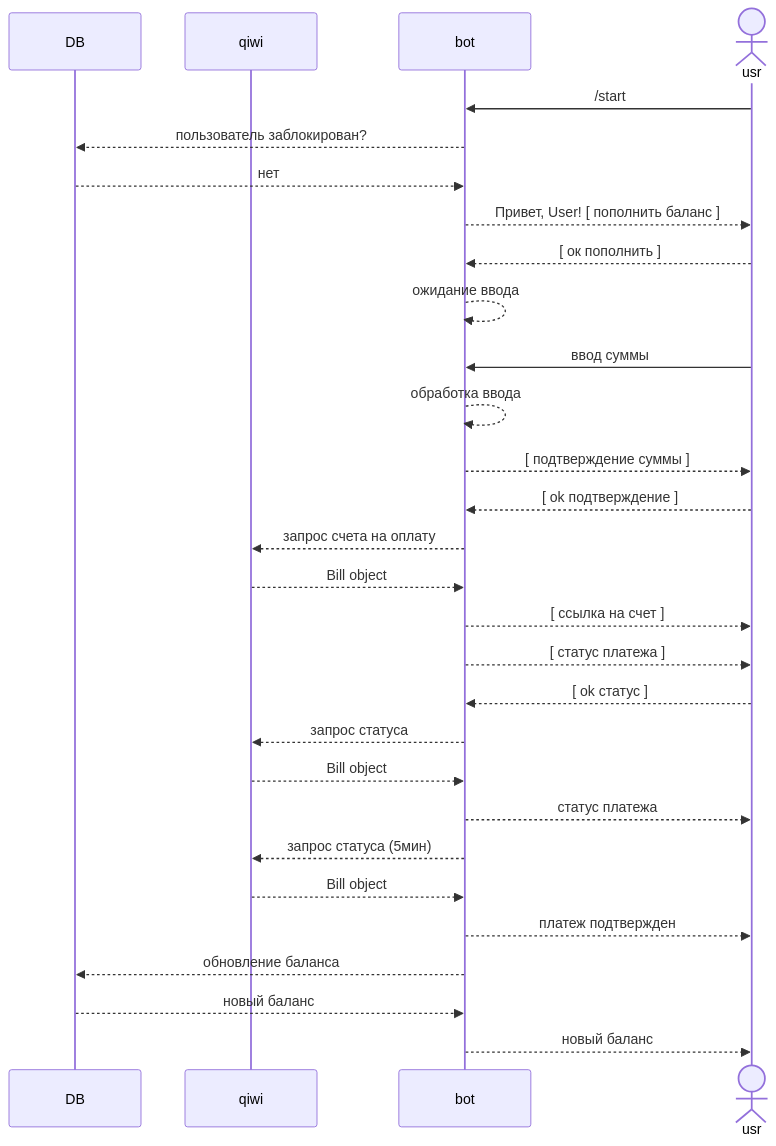
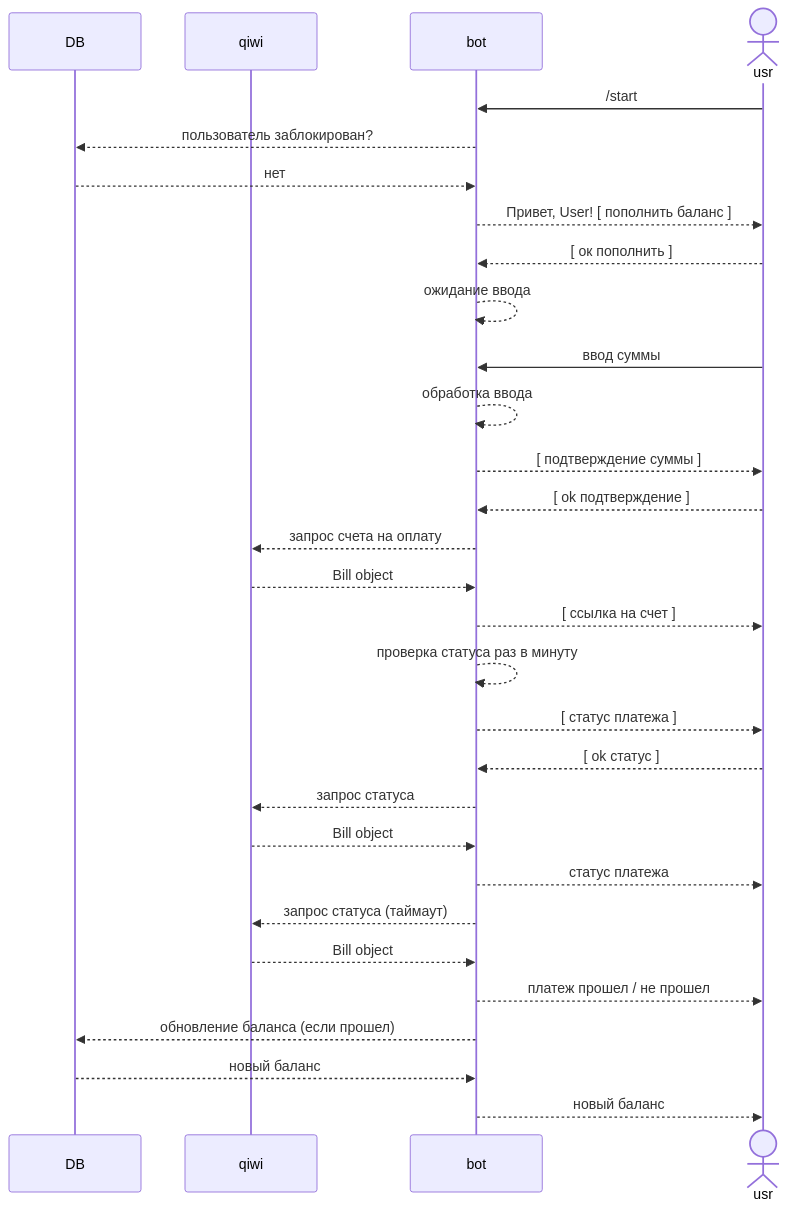
One commit to DeoTalix/Miriam changed the diagram in README.md. Above: the diagram before and after it, drawn with Mermaid. The commit also changed other lines of this file and 23 other files, not shown here.

````diff
--- a/README.md
+++ b/README.md
@@ -50,33 +83,34 @@
 ```mermaid
 
 sequenceDiagram
     participant DB
     participant qiwi
     participant bot
     actor usr
     
     usr ->> bot: /start
     bot -->> DB: пользователь заблокирован?
     DB -->> bot: нет
     bot -->> usr: Привет, User! [ пополнить баланс ]
     usr -->> bot: [ ок пополнить ]
     bot -->> bot: ожидание ввода
     usr ->> bot: ввод суммы
     bot -->> bot: обработка ввода
     bot -->> usr: [ подтверждение суммы ]
     usr -->> bot: [ ok подтверждение ]
     bot -->> qiwi: запрос счета на оплату
     qiwi -->> bot: Bill object
     bot -->> usr: [ ссылка на счет ]
+    bot -->> bot: проверка статуса раз в минуту
     bot -->> usr: [ статус платежа ]
     usr -->> bot: [ ok статус ]
     bot -->> qiwi: запрос статуса
     qiwi -->> bot: Bill object
     bot -->> usr: статус платежа
-    bot -->> qiwi: запрос статуса (5мин)
+    bot -->> qiwi: запрос статуса (таймаут)
     qiwi -->> bot: Bill object
-    bot -->> usr: платеж подтвержден
-    bot -->> DB: обновление баланса
+    bot -->> usr: платеж прошел / не прошел
+    bot -->> DB: обновление баланса (если прошел)
     DB -->> bot: новый баланс
     bot -->> usr: новый баланс
 ```
````
